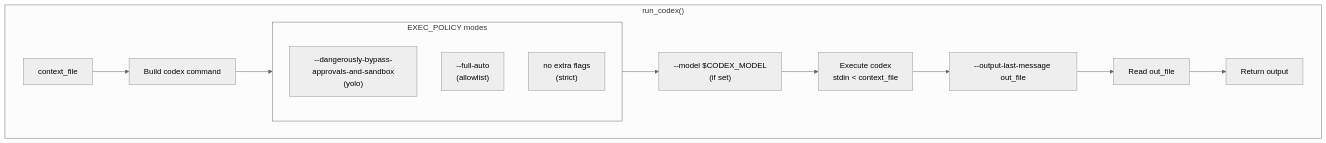
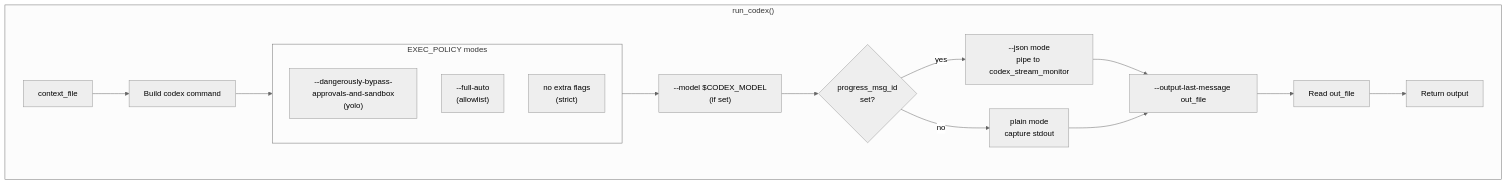
One commit to lsj5031/ShellClaw changed the third of 9 diagrams in README.md. Above: the diagram before and after it, drawn with Mermaid (neutral theme). The commit also changed other lines of this file and 2 other files, not shown here.

First line of the commit message:
feat: live Telegram progress updates + typing indicator

````diff
--- a/README.md
+++ b/README.md
@@ -125,23 +223,28 @@
 ```mermaid
 flowchart TB
     subgraph run_codex["run_codex()"]
         INPUT[context_file]
         BUILD_CMD[Build codex command]
         
         subgraph POLICY["EXEC_POLICY modes"]
             YOLO["--dangerously-bypass-approvals-and-sandbox<br/>(yolo)"]
             ALLOWLIST["--full-auto<br/>(allowlist)"]
             STRICT["no extra flags<br/>(strict)"]
         end
         
         OPT_MODEL["--model $CODEX_MODEL<br/>(if set)"]
-        EXEC["Execute codex<br/>stdin < context_file"]
+        STREAM{"progress_msg_id<br/>set?"}
+        JSON_PATH["--json mode<br/>pipe to codex_stream_monitor"]
+        PLAIN_PATH["plain mode<br/>capture stdout"]
         OUTPUT["--output-last-message out_file"]
         PARSE[Read out_file]
         RETURN[Return output]
     end
     
     INPUT --> BUILD_CMD
     BUILD_CMD --> POLICY
-    POLICY --> OPT_MODEL --> EXEC --> OUTPUT --> PARSE --> RETURN
+    POLICY --> OPT_MODEL --> STREAM
+    STREAM -->|"yes"| JSON_PATH --> OUTPUT
+    STREAM -->|"no"| PLAIN_PATH --> OUTPUT
+    OUTPUT --> PARSE --> RETURN
 ```
````
